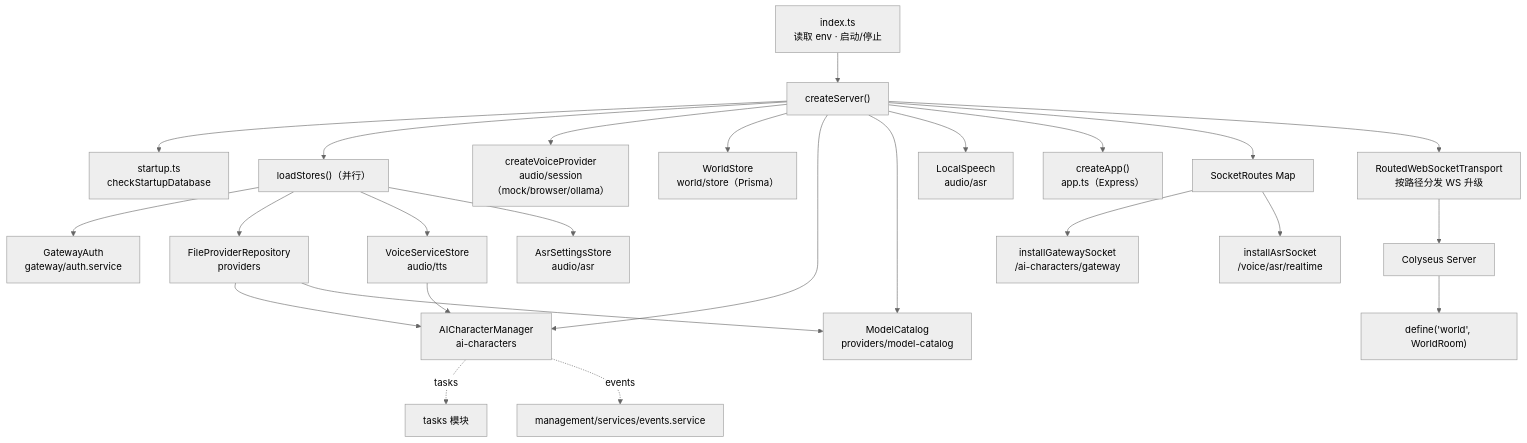
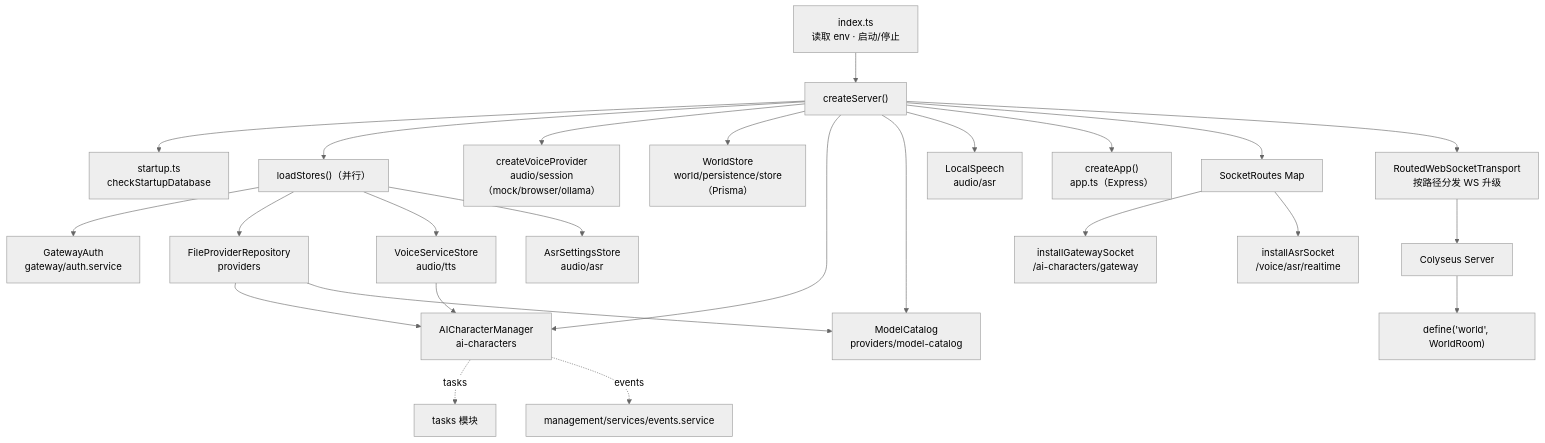
One commit to lulabs-org/embocraft changed the fourth of 14 diagrams in docs/guide/architecture-diagrams.md. Above: the diagram before and after it, drawn with Mermaid (neutral theme). The commit also changed other lines of this file and 15 other files, not shown here.

````diff
--- a/docs/guide/architecture-diagrams.md
+++ b/docs/guide/architecture-diagrams.md
@@ -87,32 +87,32 @@
 ```mermaid
 graph TD
     Index["index.ts<br/>读取 env · 启动/停止"] --> Create["createServer()"]
 
     Create --> Startup["startup.ts<br/>checkStartupDatabase"]
     Create --> Stores["loadStores()（并行）"]
     Stores --> GA["GatewayAuth<br/>gateway/auth.service"]
     Stores --> PS["FileProviderRepository<br/>providers"]
     Stores --> VS["VoiceServiceStore<br/>audio/tts"]
     Stores --> AS["AsrSettingsStore<br/>audio/asr"]
 
     Create --> VP["createVoiceProvider<br/>audio/session（mock/browser/ollama）"]
-    Create --> WS["WorldStore<br/>world/store（Prisma）"]
+    Create --> WS["WorldStore<br/>world/persistence/store（Prisma）"]
     Create --> ACM["AICharacterManager<br/>ai-characters"]
     Create --> MC["ModelCatalog<br/>providers/model-catalog"]
     Create --> LS["LocalSpeech<br/>audio/asr"]
 
     Create --> App["createApp()<br/>app.ts（Express）"]
     Create --> Sockets["SocketRoutes Map"]
     Sockets --> GWS["installGatewaySocket<br/>/ai-characters/gateway"]
     Sockets --> ASRS["installAsrSocket<br/>/voice/asr/realtime"]
 
     Create --> Transport["RoutedWebSocketTransport<br/>按路径分发 WS 升级"]
     Transport --> Colyseus["Colyseus Server"]
     Colyseus --> Room["define('world', WorldRoom)"]
 
     ACM -.->|tasks| Tasks["tasks 模块"]
     ACM -.->|events| Events["management/services/events.service"]
     PS --> ACM
     VS --> ACM
     PS --> MC
 ```
````
